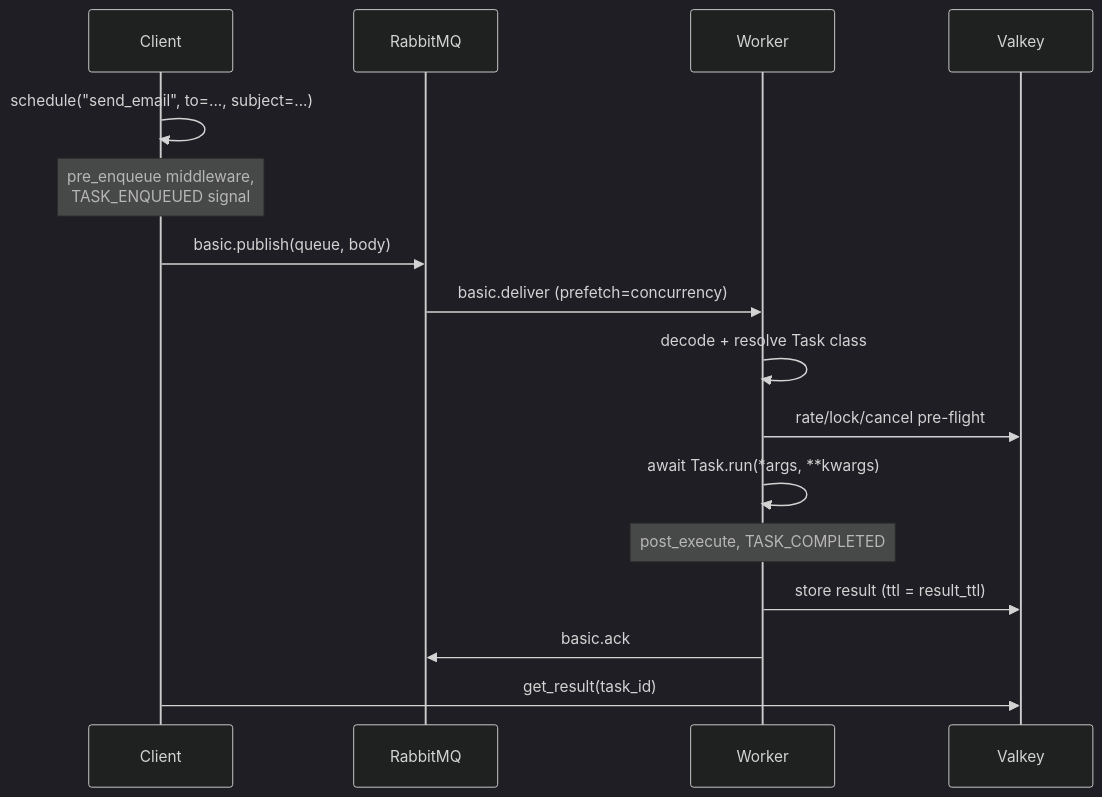
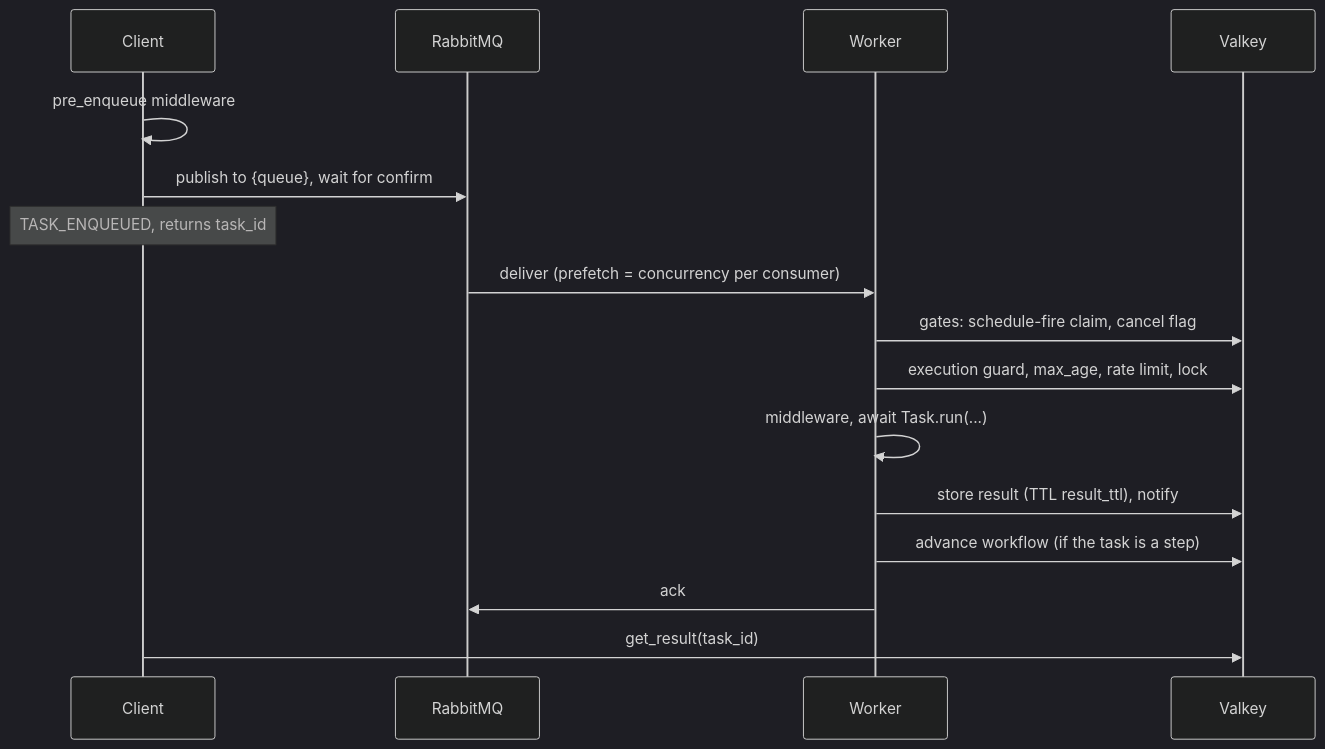
The third of 5 diagrams in website/explanation/architecture.md (Schorschofwill/swarmq), drawn with Mermaid (dark theme) before and after one commit. The commit also changed other lines of this file and 84 other files, not shown here.

````diff
--- a/website/explanation/architecture.md
+++ b/website/explanation/architecture.md
@@ -78,19 +124,19 @@
 ```mermaid
 sequenceDiagram
     participant C as Client
     participant B as RabbitMQ
     participant W as Worker
     participant V as Valkey
 
-    C->>C: schedule("send_email", to=..., subject=...)
-    Note over C: pre_enqueue middleware,<br/>TASK_ENQUEUED signal
-    C->>B: basic.publish(queue, body)
-    B->>W: basic.deliver (prefetch=concurrency)
-    W->>W: decode + resolve Task class
-    W->>V: rate/lock/cancel pre-flight
-    W->>W: await Task.run(*args, **kwargs)
-    Note over W: post_execute, TASK_COMPLETED
-    W->>V: store result (ttl = result_ttl)
-    W->>B: basic.ack
+    C->>C: pre_enqueue middleware
+    C->>B: publish to {queue}, wait for confirm
+    Note over C: TASK_ENQUEUED, returns task_id
+    B->>W: deliver (prefetch = concurrency per consumer)
+    W->>V: gates: schedule-fire claim, cancel flag
+    W->>V: execution guard, max_age, rate limit, lock
+    W->>W: middleware, await Task.run(...)
+    W->>V: store result (TTL result_ttl), notify
+    W->>V: advance workflow (if the task is a step)
+    W->>B: ack
     C->>V: get_result(task_id)
 ```
````
